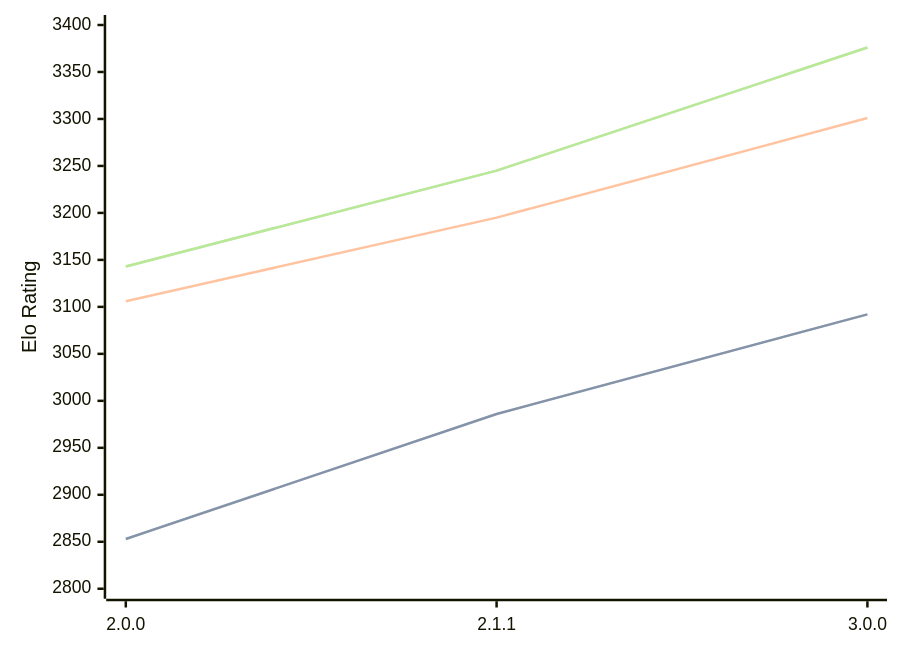
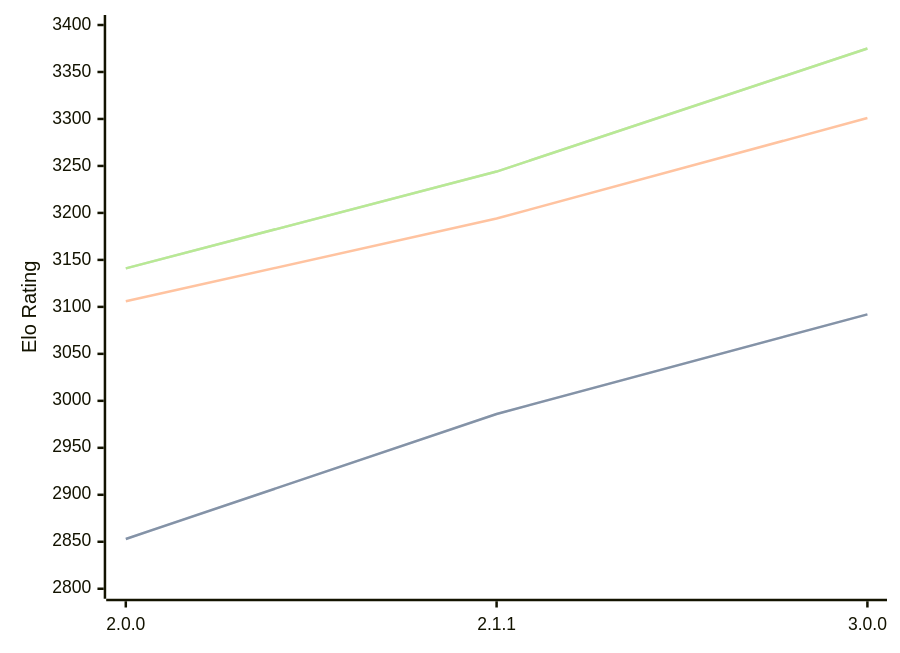
Before and after one commit to computer-chess-index/cci: the diagram in engines/Bread.md, drawn with Mermaid. The commit also changed other lines of this file, not shown here.

Commit message:
Update CCI Ratings (ELO VLTC) - 2026-08-03

````diff
--- a/engines/Bread.md
+++ b/engines/Bread.md
@@ -53,11 +53,11 @@
 ```mermaid
 %%{init: {"theme":"base","themeVariables":{"seriesColors:['#a3a3a3','#222221','#faa371']}}}%%
 xychart-beta
   x-axis ["2.0.0", "2.1.1", "3.0.0"]
   y-axis "Elo Rating" 2800 --> 3400
   line "STC (8.0+0.08s)" [2853, 2986, 3092]
   line "STC (8.0+0.08s)" [2853, 2986, 3092]
-  line "LTC (60.0+0.60s)" [3106, 3195, 3301]
-  line "VLTC (2m24s+1.12s)" [3143, 3245, 3376]
-  line "VLTC (2m24s+1.12s)" [3143, 3245, 3376]
+  line "LTC (60.0+0.60s)" [3106, 3194, 3301]
+  line "VLTC (2m24s+1.12s)" [3141, 3244, 3375]
+  line "VLTC (2m24s+1.12s)" [3141, 3244, 3375]
 ```
````
